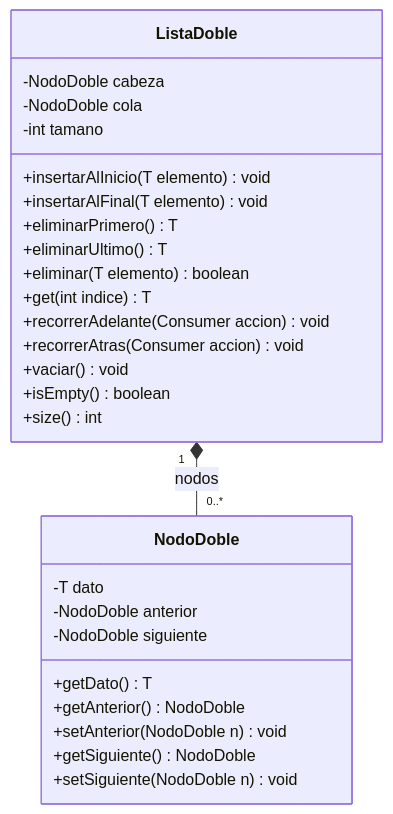
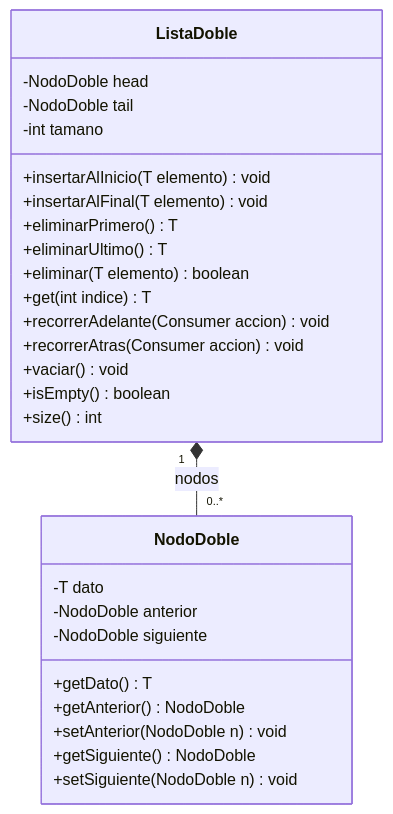
Before and after one commit to santiagoSuarez219/nodo-edu: the seventh of 7 diagrams in content/cursos/estructuras-de-datos/guias/lab-listas-dobles-y-archivos-proyecto-de-aula.md, drawn with Mermaid. The commit also changed other lines of this file, not shown here.

First line of the commit message:
content(estructuras-de-datos): align doubly linked list lab with class code (head/tail, single eliminar)

````diff
--- a/content/cursos/estructuras-de-datos/guias/lab-listas-dobles-y-archivos-proyecto-de-aula.md
+++ b/content/cursos/estructuras-de-datos/guias/lab-listas-dobles-y-archivos-proyecto-de-aula.md
@@ -219,30 +219,30 @@
 ```mermaid
 classDiagram
   class NodoDoble {
     -T dato
     -NodoDoble anterior
     -NodoDoble siguiente
     +getDato() T
     +getAnterior() NodoDoble
     +setAnterior(NodoDoble n) void
     +getSiguiente() NodoDoble
     +setSiguiente(NodoDoble n) void
   }
   class ListaDoble {
-    -NodoDoble cabeza
-    -NodoDoble cola
+    -NodoDoble head
+    -NodoDoble tail
     -int tamano
     +insertarAlInicio(T elemento) void
     +insertarAlFinal(T elemento) void
     +eliminarPrimero() T
     +eliminarUltimo() T
     +eliminar(T elemento) boolean
     +get(int indice) T
     +recorrerAdelante(Consumer accion) void
     +recorrerAtras(Consumer accion) void
     +vaciar() void
     +isEmpty() boolean
     +size() int
   }
   ListaDoble "1" *-- "0..*" NodoDoble : nodos
 ```
````
